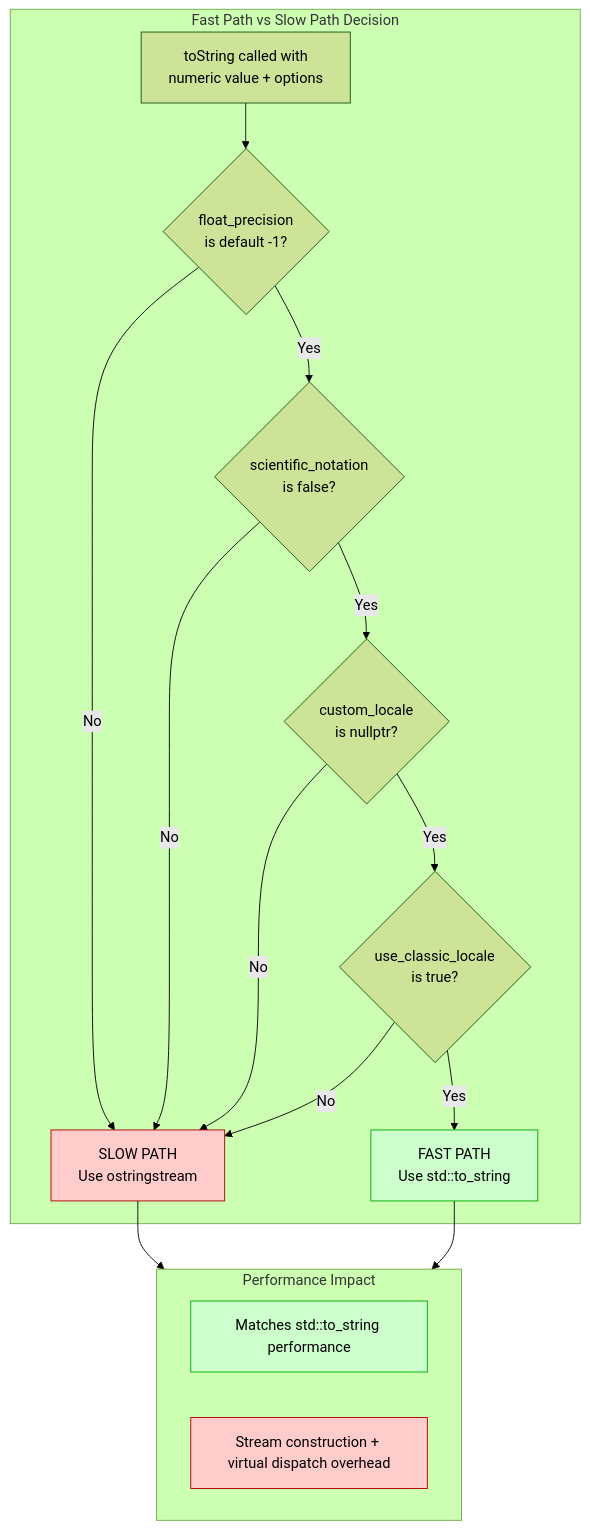
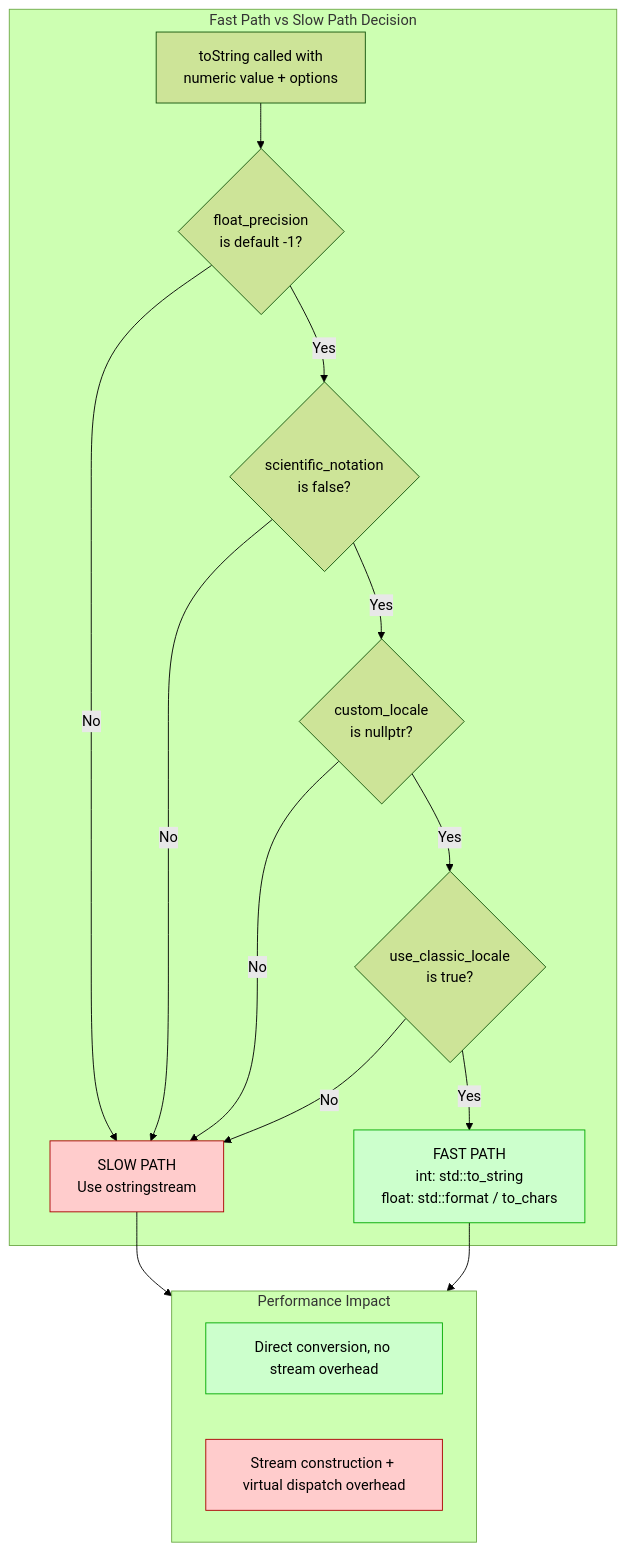
Before and after one commit to schroedermatthew/FatP: the seventh of 8 diagrams in components/Stringify/docs/User Manual - Stringify.md, drawn with Mermaid (forest theme). The commit also changed other lines of this file and 103 other files, not shown here.

````diff
--- a/components/Stringify/docs/User Manual - Stringify.md
+++ b/components/Stringify/docs/User Manual - Stringify.md
@@ -2384,36 +2388,36 @@
 ```mermaid
 flowchart TB
     subgraph Decision ["Fast Path vs Slow Path Decision"]
         Input["toString called with<br/>numeric value + options"] --> C1
         
         C1{"float_precision<br/>is default -1?"}
         C1 -->|No| Slow["SLOW PATH<br/>Use ostringstream"]
         C1 -->|Yes| C2
         
         C2{"scientific_notation<br/>is false?"}
         C2 -->|No| Slow
         C2 -->|Yes| C3
         
         C3{"custom_locale<br/>is nullptr?"}
         C3 -->|No| Slow
         C3 -->|Yes| C4
         
         C4{"use_classic_locale<br/>is true?"}
         C4 -->|No| Slow
-        C4 -->|Yes| Fast["FAST PATH<br/>Use std::to_string"]
+        C4 -->|Yes| Fast["FAST PATH<br/>int: std::to_string<br/>float: std::format / to_chars"]
     end
 
     subgraph Performance ["Performance Impact"]
         direction LR
-        FastPerf["Matches std::to_string performance"]
+        FastPerf["Direct conversion, no stream overhead"]
         SlowPerf["Stream construction + virtual dispatch overhead"]
     end
 
     Fast --> FastPerf
     Slow --> SlowPerf
 
     style Fast fill:#ccffcc,stroke:#0a0,color:#000
     style FastPerf fill:#ccffcc,stroke:#0a0,color:#000
     style Slow fill:#ffcccc,stroke:#a00,color:#000
     style SlowPerf fill:#ffcccc,stroke:#a00,color:#000
 ```
````
